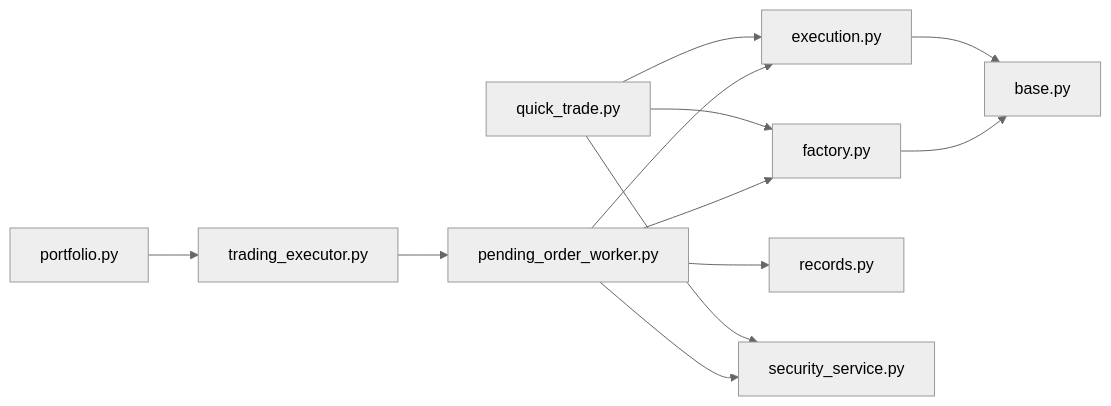
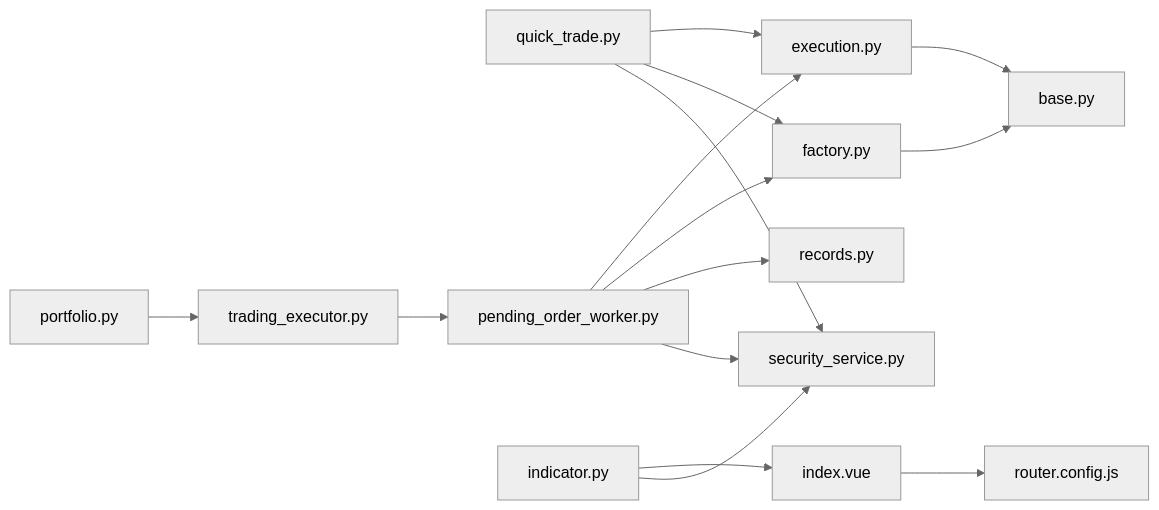
One commit to joezxh/QuantDinger changed the eighth of 8 diagrams in .qoder/repowiki/zh/content/API参考文档/交易执行API.md. Above: the diagram before and after it, drawn with Mermaid (neutral theme). The commit also changed other lines of this file and 548 other files, not shown here.

````diff
--- a/.qoder/repowiki/zh/content/API参考文档/交易执行API.md
+++ b/.qoder/repowiki/zh/content/API参考文档/交易执行API.md
@@ -298,14 +437,17 @@
 ```mermaid
 graph LR
 QT["quick_trade.py"] --> E["execution.py"]
 QT --> F["factory.py"]
 E --> B["base.py"]
 F --> B
 P["pending_order_worker.py"] --> E
 P --> F
 P --> R["records.py"]
 T["trading_executor.py"] --> P
 PF["portfolio.py"] --> T
+IND["indicator.py"] --> IDE["index.vue"]
+IDE --> RT["router.config.js"]
 QT --> S["security_service.py"]
 P --> S
+IND --> S
 ```
````
